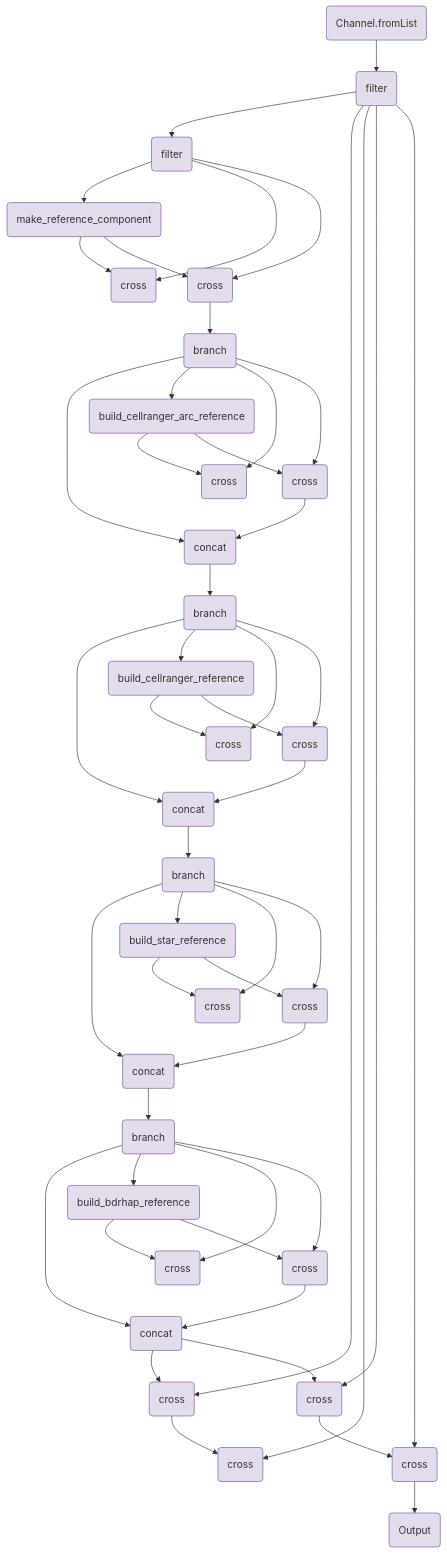
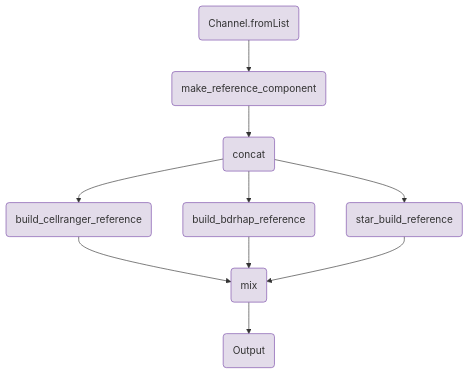
One commit to openpipelines-bio/website changed the diagram in components/workflows/ingestion/make_reference.qmd. Above: the diagram before and after it, drawn with Mermaid. The commit also changed other lines of this file and 144 other files, not shown here.

````diff
--- a/components/workflows/ingestion/make_reference.qmd
+++ b/components/workflows/ingestion/make_reference.qmd
@@ -159,114 +117,29 @@
 ```{mermaid}
 flowchart TB
     v0(Channel.fromList)
-    v2(filter)
-    v10(filter)
-    v18(make_reference_component)
-    v25(cross)
-    v35(cross)
-    v44(branch)
-    v71(concat)
-    v49(build_cellranger_arc_reference)
-    v56(cross)
-    v66(cross)
-    v75(branch)
-    v102(concat)
-    v80(build_cellranger_reference)
-    v87(cross)
-    v97(cross)
-    v106(branch)
-    v133(concat)
-    v111(build_star_reference)
-    v118(cross)
-    v128(cross)
-    v137(branch)
-    v164(concat)
-    v142(build_bdrhap_reference)
-    v149(cross)
-    v159(cross)
-    v171(cross)
-    v178(cross)
-    v190(cross)
-    v197(cross)
-    v201(Output)
-    v44-->v71
-    v75-->v102
-    v106-->v133
-    v137-->v164
-    v0-->v2
-    v2-->v10
-    v10-->v18
-    v18-->v25
-    v10-->v25
-    v10-->v35
-    v44-->v49
-    v49-->v56
-    v44-->v56
-    v44-->v66
-    v66-->v71
-    v75-->v80
-    v80-->v87
-    v75-->v87
-    v75-->v97
-    v97-->v102
-    v106-->v111
-    v111-->v118
-    v106-->v118
-    v106-->v128
-    v128-->v133
-    v137-->v142
-    v142-->v149
-    v137-->v149
-    v137-->v159
-    v159-->v164
-    v164-->v171
-    v2-->v171
-    v171-->v178
-    v2-->v178
-    v2-->v190
-    v190-->v197
-    v2-->v197
-    v197-->v201
-    v18-->v35
-    v35-->v44
-    v49-->v66
-    v71-->v75
-    v80-->v97
-    v102-->v106
-    v111-->v128
-    v133-->v137
-    v142-->v159
-    v164-->v190
+    v28(concat)
+    v17(make_reference_component)
+    v39(build_cellranger_reference)
+    v98(mix)
+    v62(build_bdrhap_reference)
+    v85(star_build_reference)
+    v117(Output)
+    v0-->v17
+    v17-->v28
+    v28-->v39
+    v39-->v98
+    v28-->v62
+    v62-->v98
+    v28-->v85
+    v85-->v98
+    v98-->v117
     style v0 fill:#e3dcea,stroke:#7a4baa;
-    style v2 fill:#e3dcea,stroke:#7a4baa;
-    style v10 fill:#e3dcea,stroke:#7a4baa;
-    style v18 fill:#e3dcea,stroke:#7a4baa;
-    style v25 fill:#e3dcea,stroke:#7a4baa;
-    style v35 fill:#e3dcea,stroke:#7a4baa;
-    style v44 fill:#e3dcea,stroke:#7a4baa;
-    style v71 fill:#e3dcea,stroke:#7a4baa;
-    style v49 fill:#e3dcea,stroke:#7a4baa;
-    style v56 fill:#e3dcea,stroke:#7a4baa;
-    style v66 fill:#e3dcea,stroke:#7a4baa;
-    style v75 fill:#e3dcea,stroke:#7a4baa;
-    style v102 fill:#e3dcea,stroke:#7a4baa;
-    style v80 fill:#e3dcea,stroke:#7a4baa;
-    style v87 fill:#e3dcea,stroke:#7a4baa;
-    style v97 fill:#e3dcea,stroke:#7a4baa;
-    style v106 fill:#e3dcea,stroke:#7a4baa;
-    style v133 fill:#e3dcea,stroke:#7a4baa;
-    style v111 fill:#e3dcea,stroke:#7a4baa;
-    style v118 fill:#e3dcea,stroke:#7a4baa;
-    style v128 fill:#e3dcea,stroke:#7a4baa;
-    style v137 fill:#e3dcea,stroke:#7a4baa;
-    style v164 fill:#e3dcea,stroke:#7a4baa;
-    style v142 fill:#e3dcea,stroke:#7a4baa;
-    style v149 fill:#e3dcea,stroke:#7a4baa;
-    style v159 fill:#e3dcea,stroke:#7a4baa;
-    style v171 fill:#e3dcea,stroke:#7a4baa;
-    style v178 fill:#e3dcea,stroke:#7a4baa;
-    style v190 fill:#e3dcea,stroke:#7a4baa;
-    style v197 fill:#e3dcea,stroke:#7a4baa;
-    style v201 fill:#e3dcea,stroke:#7a4baa;
+    style v28 fill:#e3dcea,stroke:#7a4baa;
+    style v17 fill:#e3dcea,stroke:#7a4baa;
+    style v39 fill:#e3dcea,stroke:#7a4baa;
+    style v98 fill:#e3dcea,stroke:#7a4baa;
+    style v62 fill:#e3dcea,stroke:#7a4baa;
+    style v85 fill:#e3dcea,stroke:#7a4baa;
+    style v117 fill:#e3dcea,stroke:#7a4baa;
 
 ```
````
